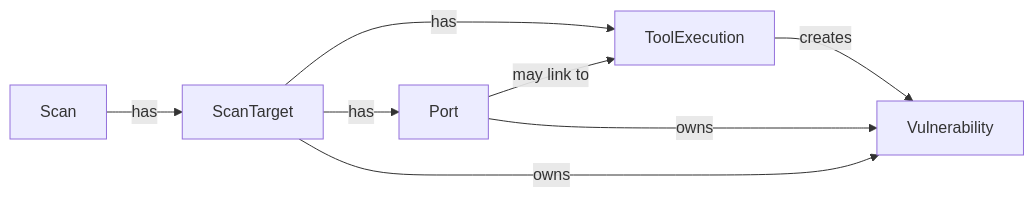
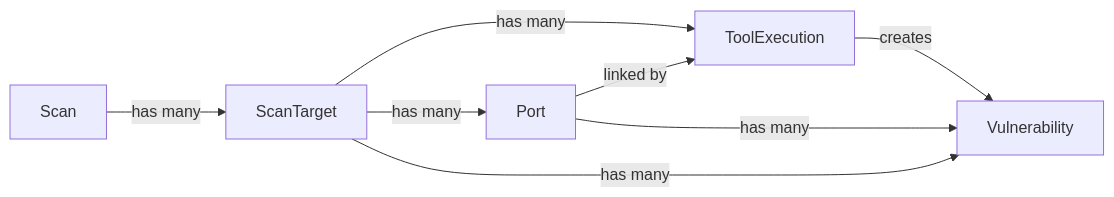
Before and after one commit to RezaAmbler/peek: the diagram in docs/data-model.md, drawn with Mermaid. The commit also changed other lines of this file and 14 other files, not shown here.

````diff
--- a/docs/data-model.md
+++ b/docs/data-model.md
@@ -25,11 +41,11 @@
 ```mermaid
-%% See docs/mermaid/data-model.mmd for the source of truth
+%% See mermaid/data-model.mmd for the source of truth
 graph LR
-  Scan -->|has| ScanTarget
-  ScanTarget -->|has| Port
-  ScanTarget -->|has| ToolExecution
-  Port -->|may link to| ToolExecution
+  Scan -->|has many| ScanTarget
+  ScanTarget -->|has many| Port
+  ScanTarget -->|has many| ToolExecution
+  Port -->|linked by| ToolExecution
   ToolExecution -->|creates| Vulnerability
-  Port -->|owns| Vulnerability
-  ScanTarget -->|owns| Vulnerability
+  Port -->|has many| Vulnerability
+  ScanTarget -->|has many| Vulnerability
 ```
````
